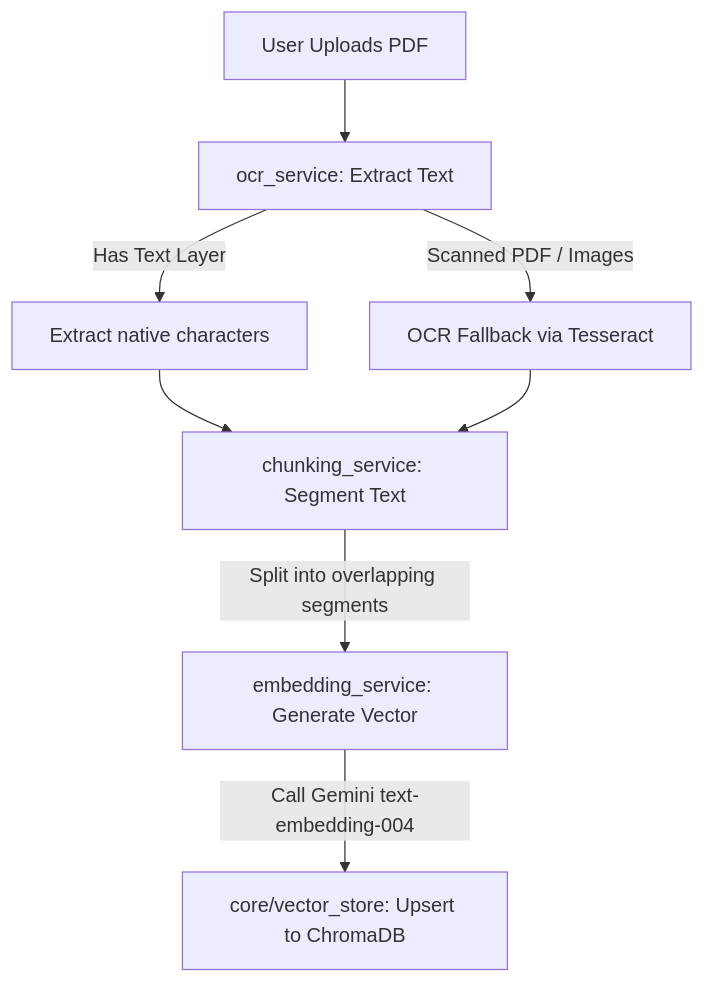
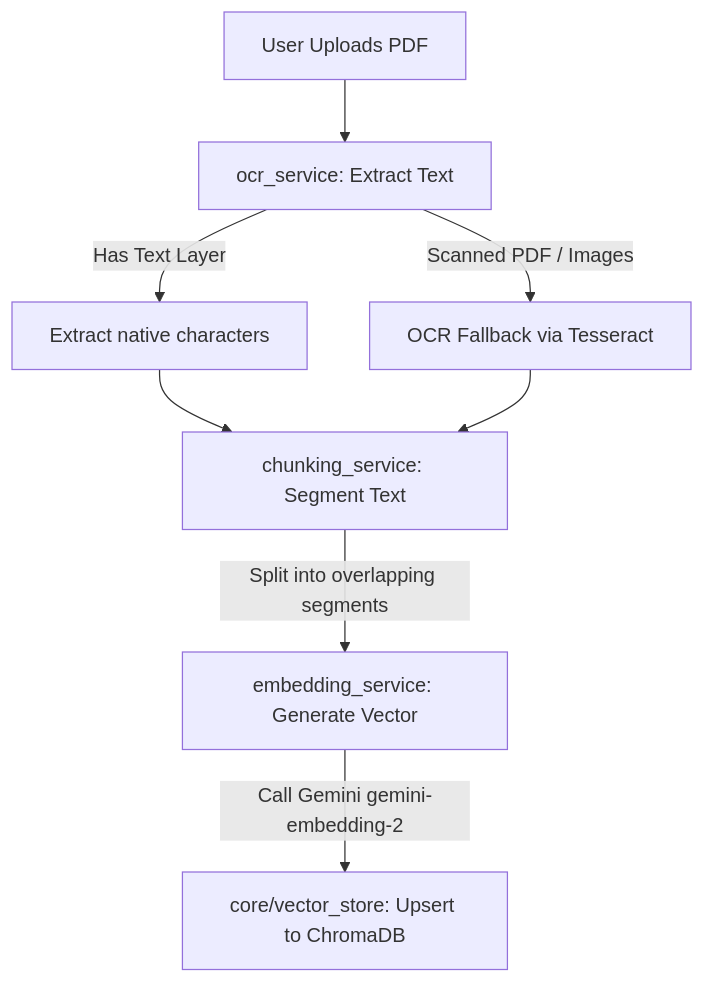
One commit to Yuvraj-Pandiya/Nyaya_Mitra changed the diagram in production_readiness_plan.md. Above: the diagram before and after it, drawn with Mermaid. The commit also changed other lines of this file, not shown here.

````diff
--- a/production_readiness_plan.md
+++ b/production_readiness_plan.md
@@ -11,10 +11,10 @@
 ```mermaid
 flowchart TD
     A[User Uploads PDF] --> B[ocr_service: Extract Text]
     B -->|Has Text Layer| C[Extract native characters]
     B -->|Scanned PDF / Images| D[OCR Fallback via Tesseract]
     C --> E[chunking_service: Segment Text]
     D --> E
     E -->|Split into overlapping segments| F[embedding_service: Generate Vector]
-    F -->|Call Gemini text-embedding-004| G[core/vector_store: Upsert to ChromaDB]
+    F -->|Call Gemini gemini-embedding-2| G[core/vector_store: Upsert to ChromaDB]
 ```
````
